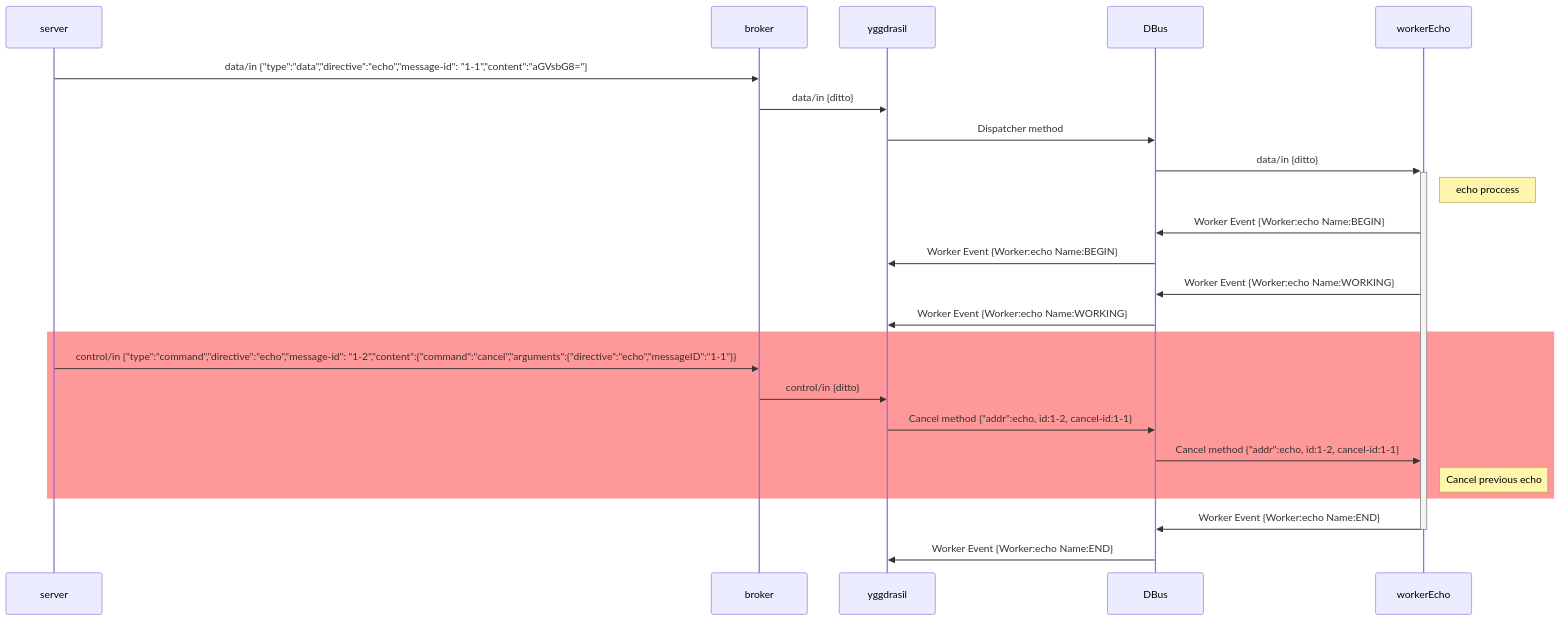
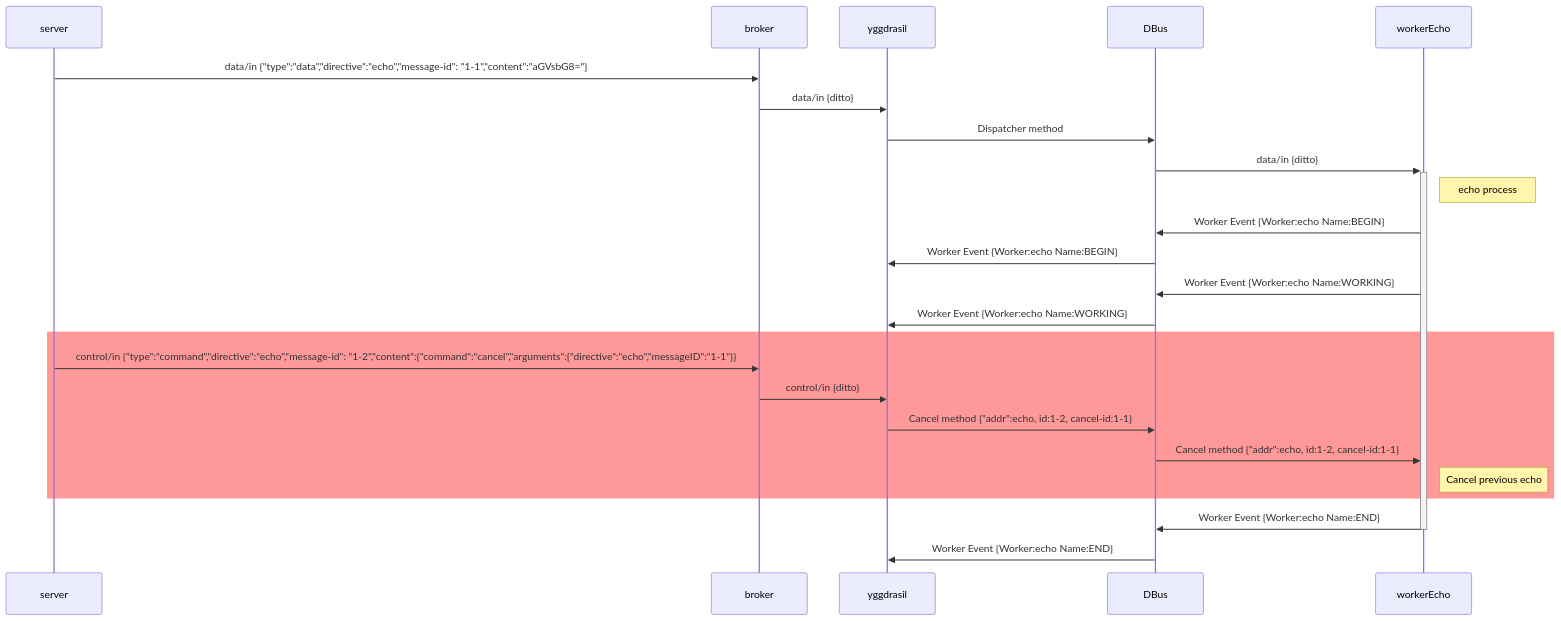
One commit to RedHatInsights/yggdrasil changed the diagram in doc/diagrams/yggd-cancel-command.mmd. Above: the diagram before and after it, drawn with Mermaid. The commit also changed 4 other files, not shown here.

```diff
--- a/doc/diagrams/yggd-cancel-command.mmd
+++ b/doc/diagrams/yggd-cancel-command.mmd
@@ -1,25 +1,25 @@
 sequenceDiagram
 participant S as server
 participant B as broker
 participant Y as yggdrasil
 participant D as DBus
 participant W as workerEcho
 
 S ->> B: data/in {"type":"data","directive":"echo","message-id": "1-1","content":"aGVsbG8="}
 B ->> Y: data/in {ditto}
 Y ->> D: Dispatcher method
 D ->>+ W: data/in {ditto}
-Note right of W: echo proccess
+Note right of W: echo process
 W ->> D: Worker Event {Worker:echo Name:BEGIN}
 D ->> Y: Worker Event {Worker:echo Name:BEGIN}
 W ->> D: Worker Event {Worker:echo Name:WORKING}
 D ->> Y: Worker Event {Worker:echo Name:WORKING}
 rect rgb(255, 153, 153)
 S ->> B: control/in {"type":"command","directive":"echo","message-id": "1-2","content":{"command":"cancel","arguments":{"directive":"echo","messageID":"1-1"}}
 B ->> Y: control/in {ditto}
 Y ->> D: Cancel method {"addr":echo, id:1-2, cancel-id:1-1}
 D ->> W: Cancel method {"addr":echo, id:1-2, cancel-id:1-1}
 Note right of W: Cancel previous echo
 end
 W ->>- D: Worker Event {Worker:echo Name:END}
 D ->> Y: Worker Event {Worker:echo Name:END}
```
